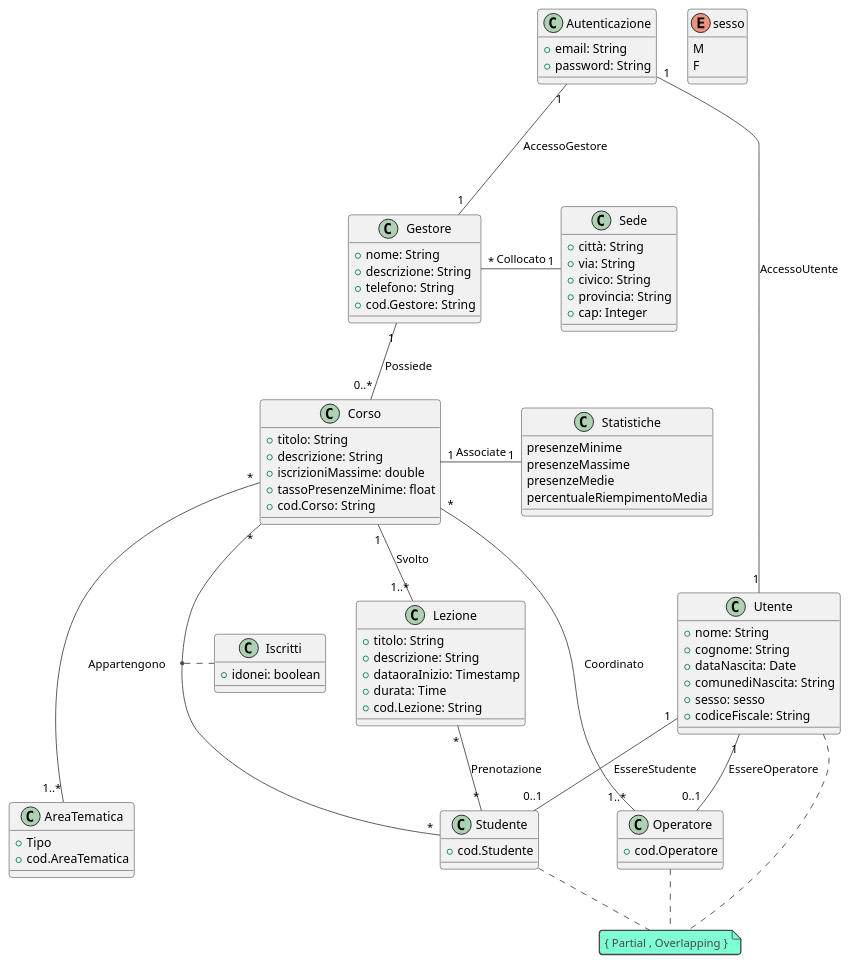
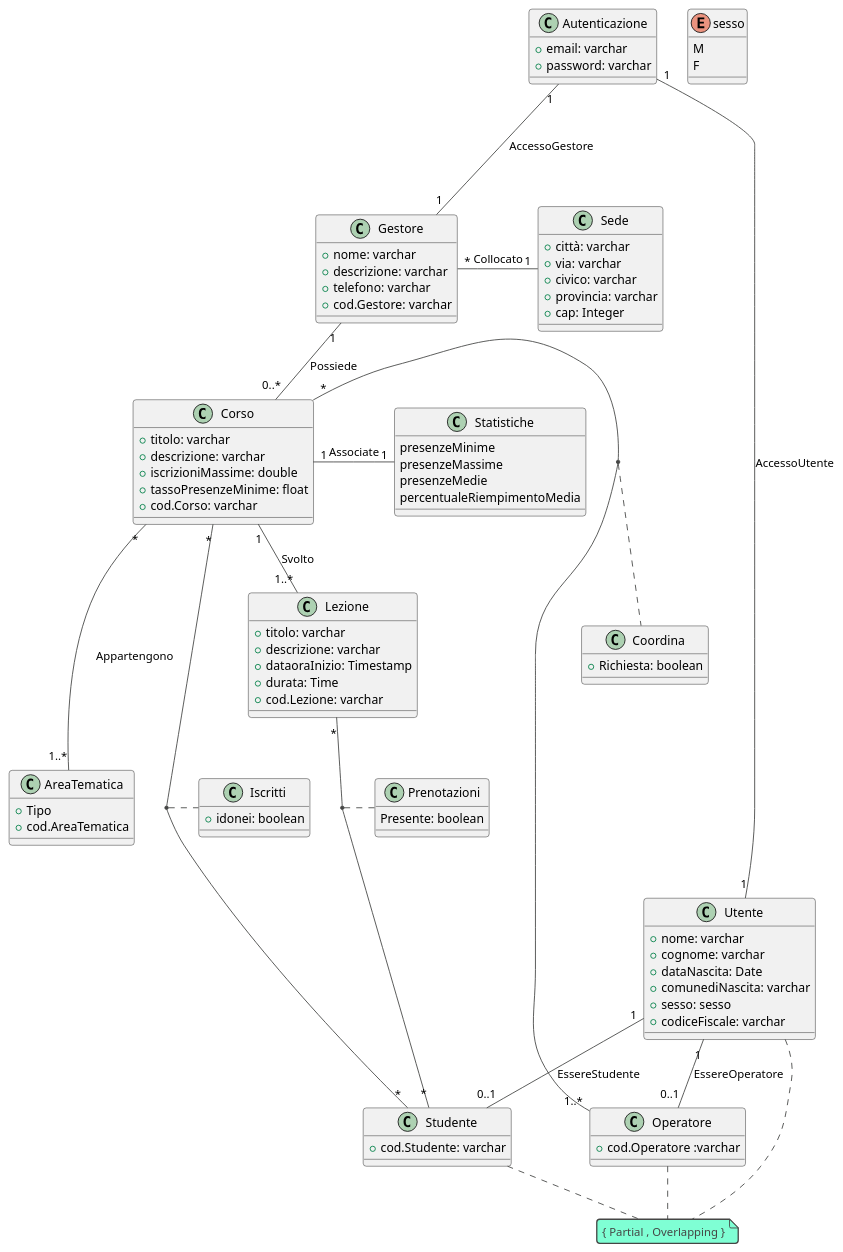
One commit to agostino-code/OO-BDI-Project changed the diagram in UML Ristrutturato.puml. Above: the diagram before and after it, drawn with PlantUML. The commit also changed 82 other files, not shown here.

```diff
--- a/UML Ristrutturato.puml
+++ b/UML Ristrutturato.puml
@@ -1,83 +1,92 @@
 @startuml
 'https://plantuml.com/class-diagram
 !theme vibrant
 class Autenticazione {
-  +email: String
-  +password: String
+  +email: varchar
+  +password: varchar
 }
-Autenticazione "1" -- "1" Utente:AccessoUtente
+Autenticazione "1" --- "1" Utente:AccessoUtente
 Autenticazione "1" --- "1" Gestore:AccessoGestore
 class Utente{
-  +nome: String
-  +cognome: String
+  +nome: varchar
+  +cognome: varchar
   +dataNascita: Date
-  +comunediNascita: String
+  +comunediNascita: varchar
   +sesso: sesso
-  +codiceFiscale: String
+  +codiceFiscale: varchar
 }
 note "{ Partial , Overlapping }" as N1
 Utente ... N1
 Operatore .. N1
 Studente .. N1
 class Sede {
-  +città: String
-  +via: String
-  +civico: String
-  +provincia: String
+  +città: varchar
+  +via: varchar
+  +civico: varchar
+  +provincia: varchar
   +cap: Integer
 }
 class Gestore {
-  +nome: String
-  +descrizione: String
-  +telefono: String
-  +cod.Gestore: String
+  +nome: varchar
+  +descrizione: varchar
+  +telefono: varchar
+  +cod.Gestore: varchar
 }
 Gestore "*" - "1" Sede:Collocato
 class Operatore{
-  +cod.Operatore
+  +cod.Operatore :varchar
 }
 class Studente{
-  +cod.Studente
+  +cod.Studente: varchar
 }
 enum sesso{
 M
 F
 }
 Utente "1" -- "0..1" Operatore:EssereOperatore
 Utente "1" -- "0..1" Studente:EssereStudente
 Gestore "1" -- "0..*" Corso:Possiede
-Corso "*" -- "*" Studente
-Corso "*" - "1..*" Operatore:Coordinato
+Corso "*" --- "*" Studente
+Corso "*" - "1..*" Operatore
+(Corso,Operatore)..Coordina
+class Coordina{
+  +Richiesta: boolean
+}
+
 class Corso{
-  +titolo: String
-  +descrizione: String
+  +titolo: varchar
+  +descrizione: varchar
   +iscrizioniMassime: double
   +tassoPresenzeMinime: float
-  +cod.Corso: String
+  +cod.Corso: varchar
 }
 class AreaTematica{
   +Tipo
   +cod.AreaTematica
 }
 Corso "*" --- "1..*" AreaTematica:Appartengono
 class Lezione{
-  +titolo: String
-  +descrizione: String
+  +titolo: varchar
+  +descrizione: varchar
   +dataoraInizio: Timestamp
   +durata: Time
-  +cod.Lezione: String
+  +cod.Lezione: varchar
 }
 Corso "1" -- "1..*" Lezione:Svolto
 (Corso, Studente) .. Iscritti
-Lezione "*" -- "*" Studente:Prenotazione
+Lezione "*" -- "*" Studente
+(Lezione,Studente)..Prenotazioni
+class Prenotazioni{
+Presente: boolean
+}
 class Iscritti{
 +idonei: boolean
 }
 class Statistiche{
   presenzeMinime
   presenzeMassime
   presenzeMedie
   percentualeRiempimentoMedia
 }
 Corso "1" - "1" Statistiche:Associate
 @enduml
```
